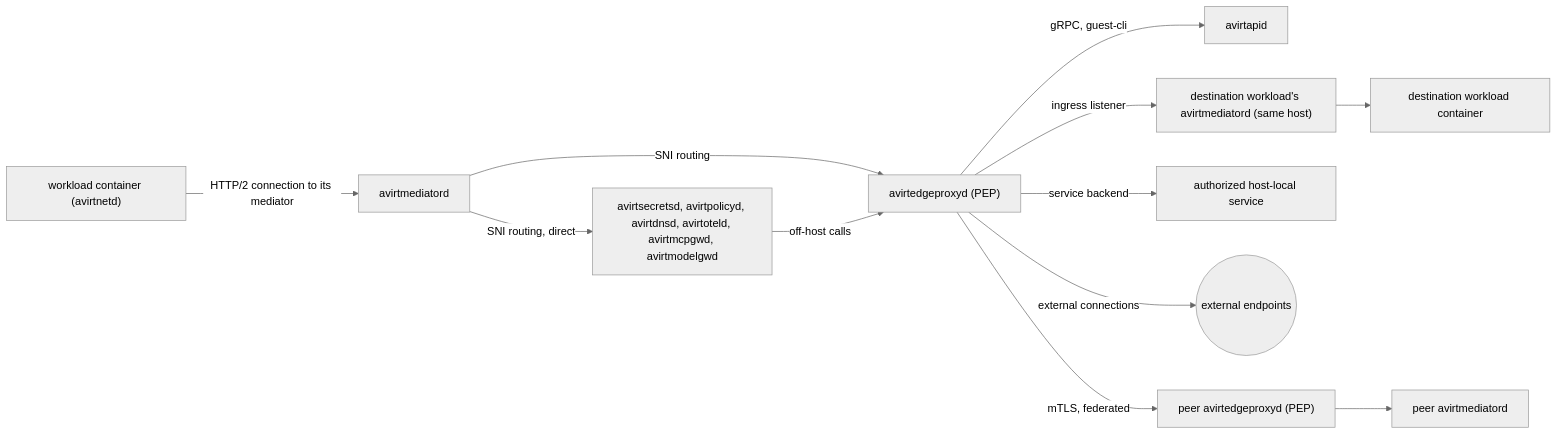
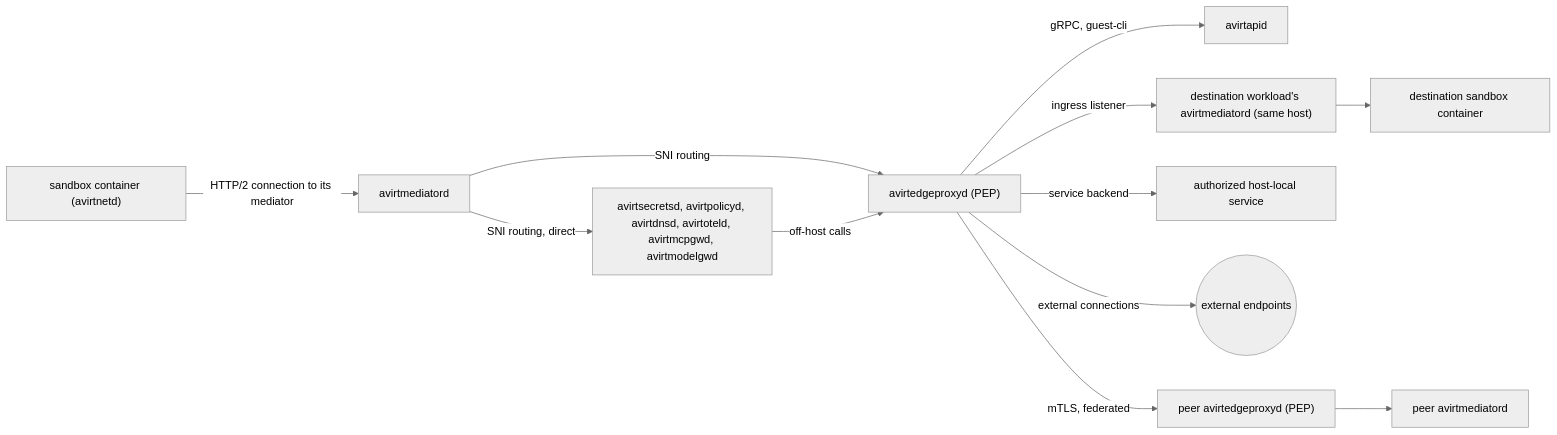
The first of 4 diagrams in docs/components.md (tbhb-dev/avirt), drawn with Mermaid (neutral theme) before and after one commit. The commit also changed other lines of this file and 58 other files, not shown here.

````diff
--- a/docs/components.md
+++ b/docs/components.md
@@ -144,14 +144,14 @@
 ```mermaid
 flowchart LR
-    wl["workload container (avirtnetd)"] -->|"HTTP/2 connection to its mediator"| me["avirtmediatord"]
+    wl["sandbox container (avirtnetd)"] -->|"HTTP/2 connection to its mediator"| me["avirtmediatord"]
     me -->|"SNI routing, direct"| hs["avirtsecretsd, avirtpolicyd, avirtdnsd, avirtoteld, avirtmcpgwd, avirtmodelgwd"]
     me -->|"SNI routing"| fd["avirtedgeproxyd (PEP)"]
     fd -->|"gRPC, guest-cli"| apid["avirtapid"]
     fd -->|"ingress listener"| me2["destination workload's avirtmediatord (same host)"]
-    me2 --> wl2["destination workload container"]
+    me2 --> wl2["destination sandbox container"]
     fd -->|"service backend"| hl["authorized host-local service"]
     fd -->|"external connections"| net(("external endpoints"))
     fd -->|"mTLS, federated"| pfd["peer avirtedgeproxyd (PEP)"]
     pfd --> pme["peer avirtmediatord"]
     hs -->|"off-host calls"| fd
 ```
````
